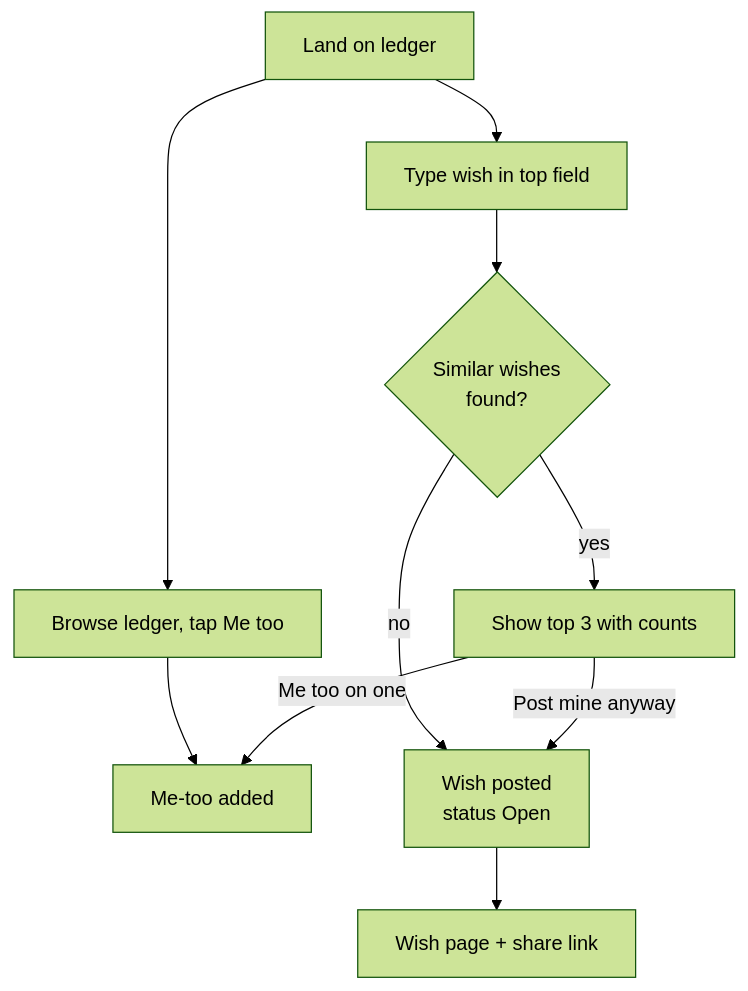
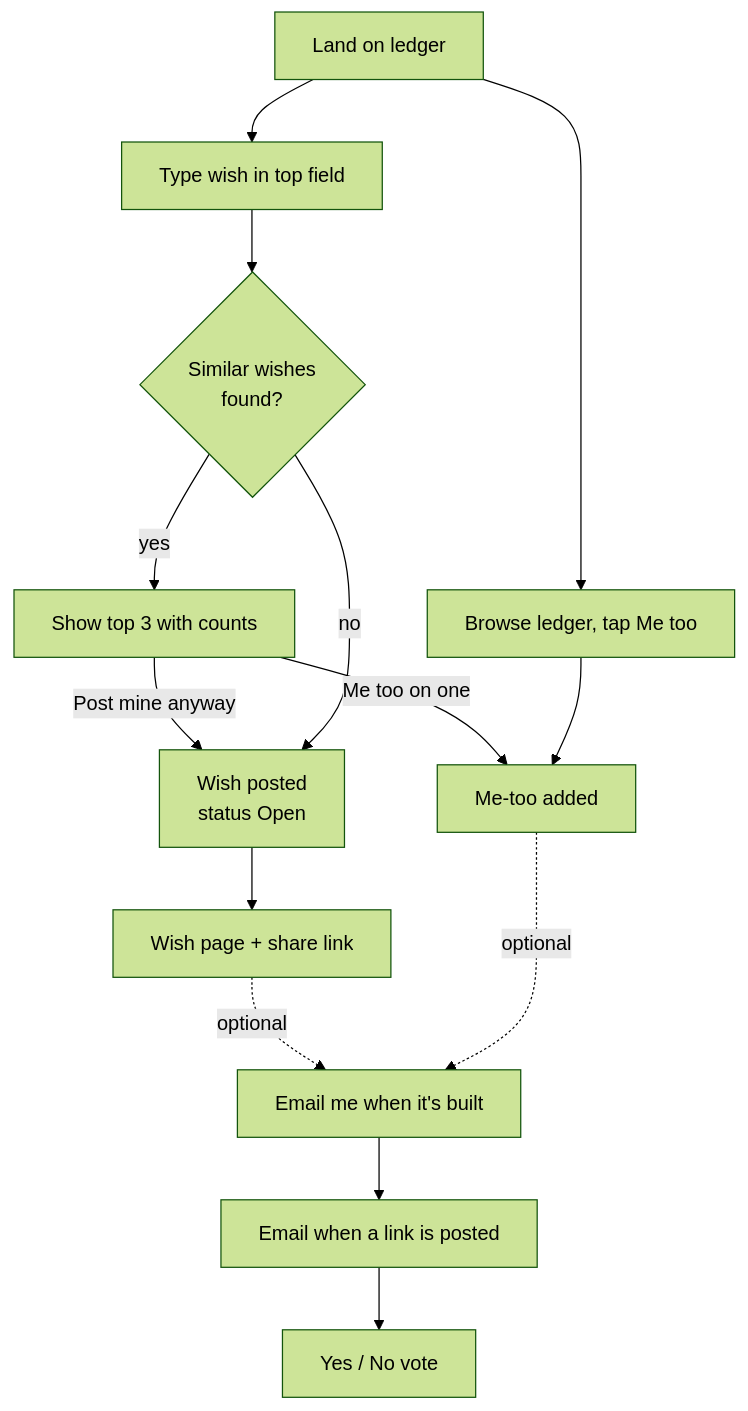
Before and after one commit to raghavg27/wishcode: the second of 4 diagrams in Wishcode — v1 PRD, TRD & App Flow.md, drawn with Mermaid (forest theme). The commit also changed other lines of this file and 2 other files, not shown here.

````diff
--- a/Wishcode — v1 PRD, TRD & App Flow.md
+++ b/Wishcode — v1 PRD, TRD & App Flow.md
@@ -192,12 +220,16 @@
 ```mermaid
 flowchart TD
   A[Land on ledger] --> B[Type wish in top field]
   B --> C{Similar wishes<br/>found?}
   C -- yes --> D[Show top 3 with counts]
   D -- Me too on one --> E[Me-too added]
   D -- Post mine anyway --> F[Wish posted<br/>status Open]
   C -- no --> F
   F --> G[Wish page + share link]
+  G -. optional .-> I[Email me when it's built]
   A --> H[Browse ledger, tap Me too]
   H --> E
+  E -. optional .-> I
+  I --> J[Email when a link is posted]
+  J --> K[Yes / No vote]
 ```
````
